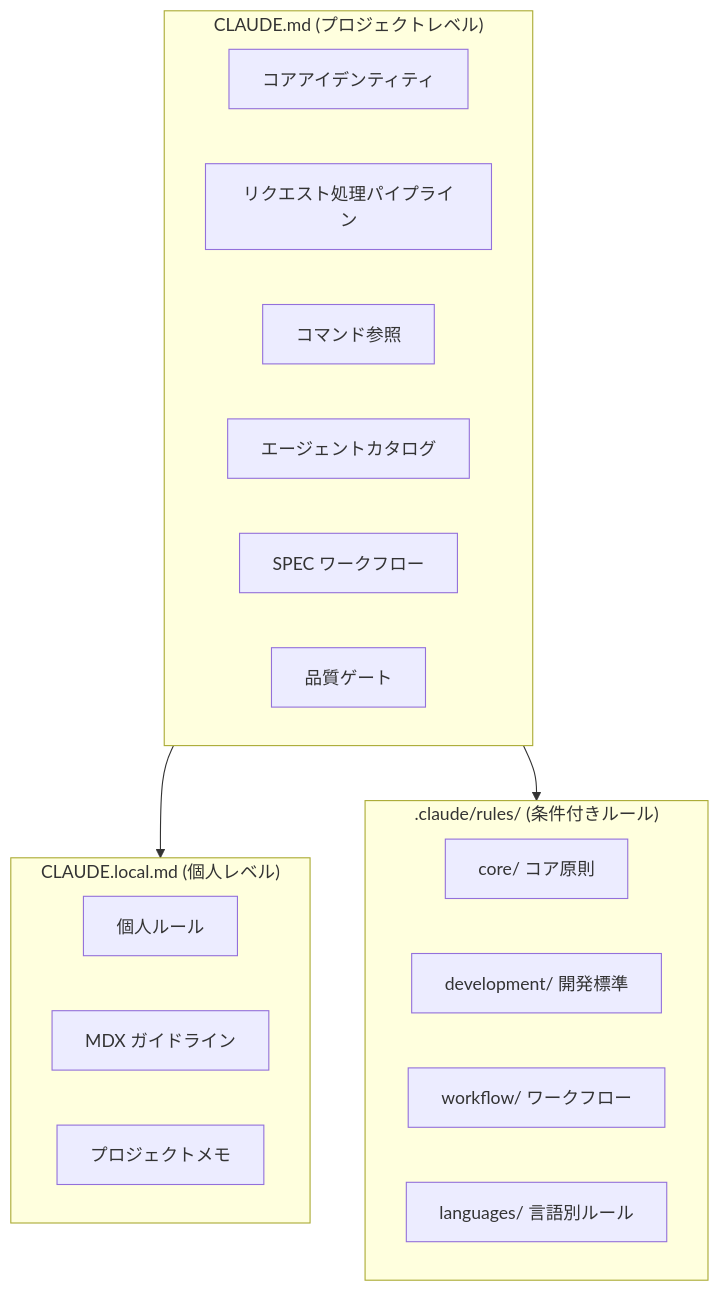
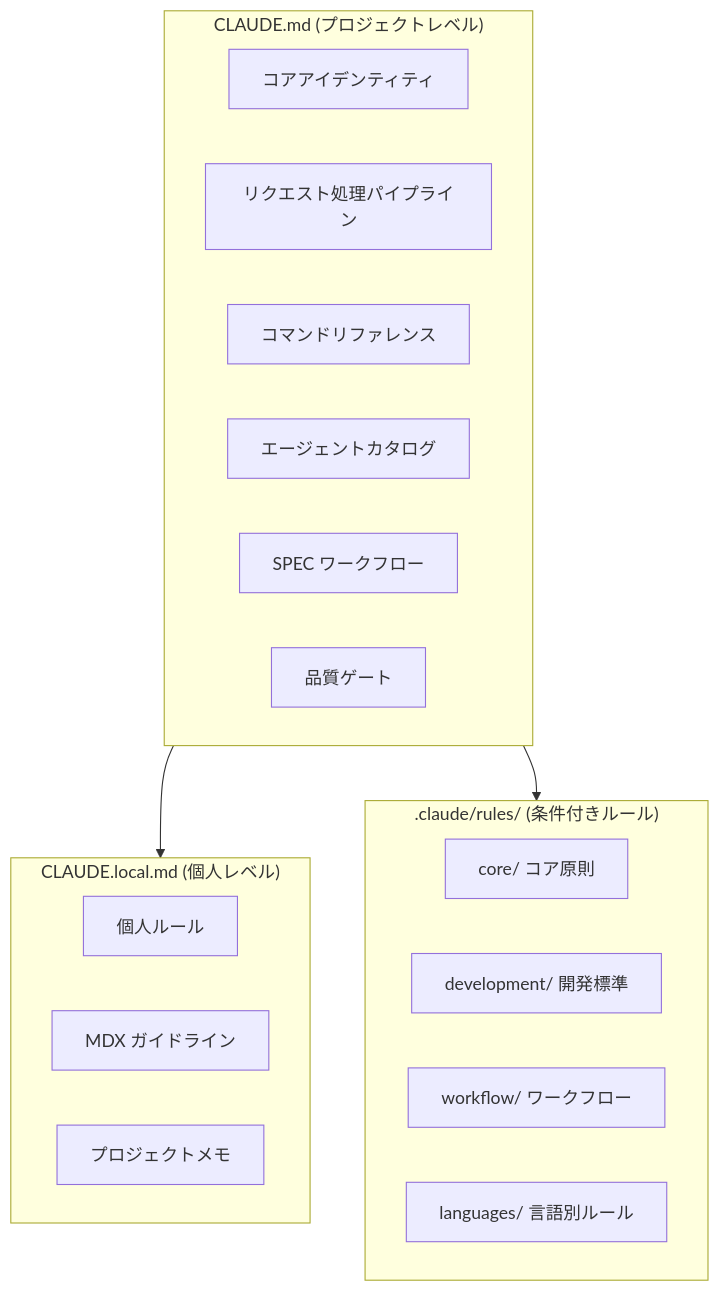
The first of 4 diagrams in docs-site/content/ja/advanced/claude-md-guide.md (modu-ai/moai-adk), drawn with Mermaid before and after one commit. The commit also changed other lines of this file and 395 other files, not shown here.

````diff
--- a/docs-site/content/ja/advanced/claude-md-guide.md
+++ b/docs-site/content/ja/advanced/claude-md-guide.md
@@ -23,28 +23,28 @@
 ```mermaid
 flowchart TD
     subgraph MAIN["CLAUDE.md (プロジェクトレベル)"]
         M1["コアアイデンティティ"]
         M2["リクエスト処理パイプライン"]
-        M3["コマンド参照"]
+        M3["コマンドリファレンス"]
         M4["エージェントカタログ"]
         M5["SPEC ワークフロー"]
         M6["品質ゲート"]
     end
 
     subgraph LOCAL["CLAUDE.local.md (個人レベル)"]
         L1["個人ルール"]
         L2["MDX ガイドライン"]
         L3["プロジェクトメモ"]
     end
 
     subgraph RULES[".claude/rules/ (条件付きルール)"]
         R1["core/ コア原則"]
         R2["development/ 開発標準"]
         R3["workflow/ ワークフロー"]
         R4["languages/ 言語別ルール"]
     end
 
     MAIN --> LOCAL
     MAIN --> RULES
 
 ```
````
